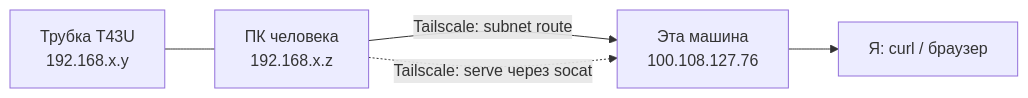
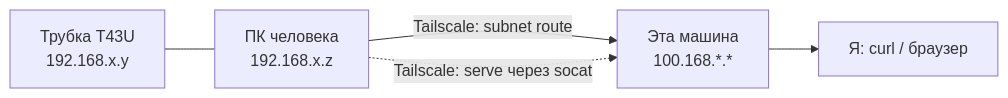
Before and after one commit to metapeka/yealink-t4xu-notes: the diagram in docs/REMOTE_ACCESS.md, drawn with Mermaid. The commit also changed 1 other file, not shown here.

Commit message:
remote: адрес Tailscale скрыт (100.168.*.*)

````diff
--- a/docs/REMOTE_ACCESS.md
+++ b/docs/REMOTE_ACCESS.md
@@ -5,7 +5,7 @@
 ```mermaid
 flowchart LR
   P["Трубка T43U<br/>192.168.x.y"] --- B["ПК человека<br/>192.168.x.z"]
-  B -->|"Tailscale: subnet route"| T["Эта машина<br/>100.108.127.76"]
+  B -->|"Tailscale: subnet route"| T["Эта машина<br/>100.168.*.*"]
   B -.->|"Tailscale: serve через socat"| T
   T --> W["Я: curl / браузер"]
 ```
````
